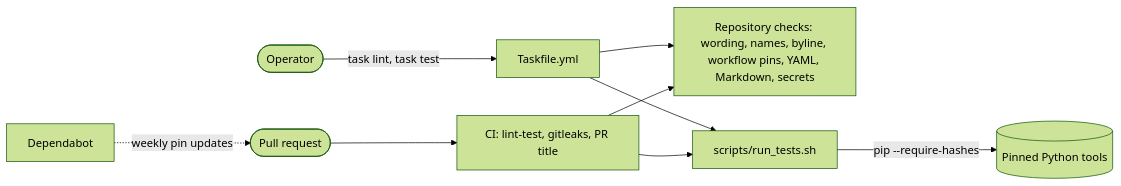
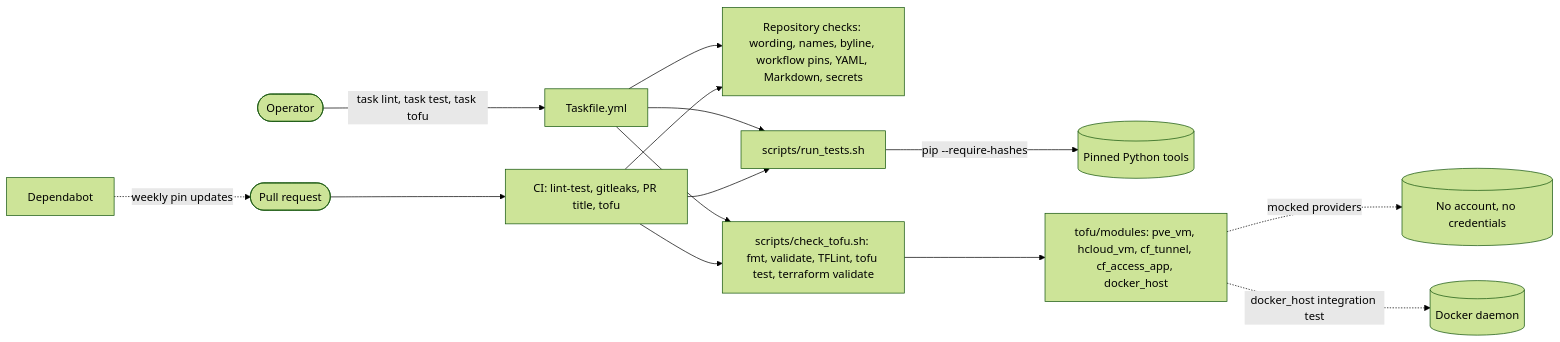
The diagram in README.md (luminare-dev/infra-edge-lab), drawn with Mermaid (forest theme) before and after one commit. The commit also changed other lines of this file and 60 other files, not shown here.

````diff
--- a/README.md
+++ b/README.md
@@ -52,11 +58,16 @@
 ```mermaid
 flowchart LR
-    operator(["Operator"]) -->|"task lint, task test"| taskfile["Taskfile.yml"]
-    pr(["Pull request"]) --> ci["CI: lint-test, gitleaks, PR title"]
+    operator(["Operator"]) -->|"task lint, task test, task tofu"| taskfile["Taskfile.yml"]
+    pr(["Pull request"]) --> ci["CI: lint-test, gitleaks, PR title, tofu"]
     deps["Dependabot"] -.->|"weekly pin updates"| pr
     taskfile --> checks["Repository checks: wording, names, byline, workflow pins, YAML, Markdown, secrets"]
     ci --> checks
     taskfile --> tests["scripts/run_tests.sh"]
     ci --> tests
     tests -->|"pip --require-hashes"| tools[("Pinned Python tools")]
+    taskfile --> tofu["scripts/check_tofu.sh: fmt, validate, TFLint, tofu test, terraform validate"]
+    ci --> tofu
+    tofu --> modules["tofu/modules: pve_vm, hcloud_vm, cf_tunnel, cf_access_app, docker_host"]
+    modules -.->|"mocked providers"| mocks[("No account, no credentials")]
+    modules -.->|"docker_host integration test"| docker[("Docker daemon")]
 ```
````
